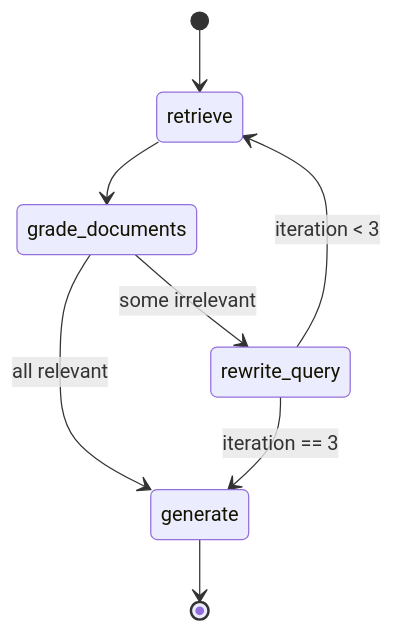
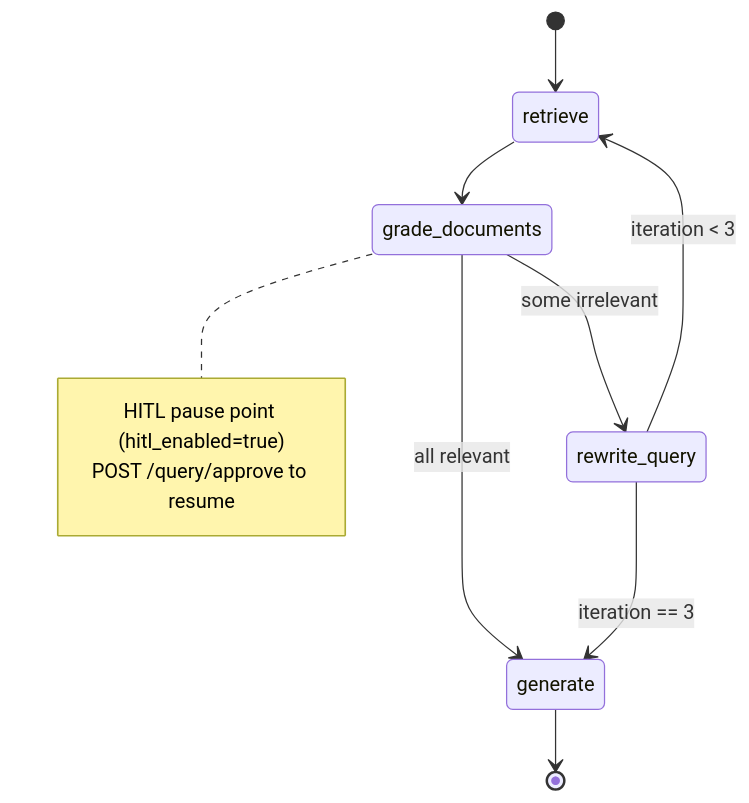
One commit to Tzvetelin88/private_enterprise_ai changed the third of 5 diagrams in rag/ARCHITECTURE.md. Above: the diagram before and after it, drawn with Mermaid. The commit also changed other lines of this file and 48 other files, not shown here.

````diff
--- a/rag/ARCHITECTURE.md
+++ b/rag/ARCHITECTURE.md
@@ -135,10 +137,14 @@
 ```mermaid
 stateDiagram-v2
     [*] --> retrieve
     retrieve --> grade_documents
     grade_documents --> generate: all relevant
     grade_documents --> rewrite_query: some irrelevant
     rewrite_query --> retrieve: iteration < 3
     rewrite_query --> generate: iteration == 3
     generate --> [*]
+    note right of grade_documents
+        HITL pause point (hitl_enabled=true)
+        POST /query/approve to resume
+    end note
 ```
````
